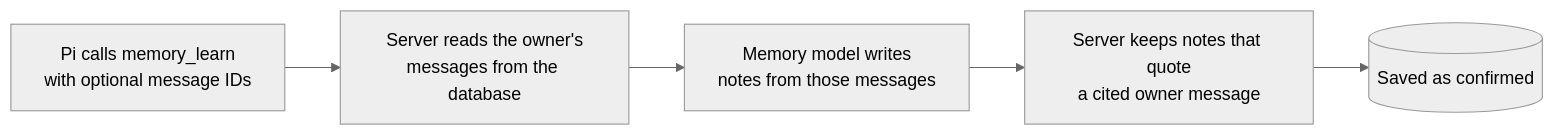
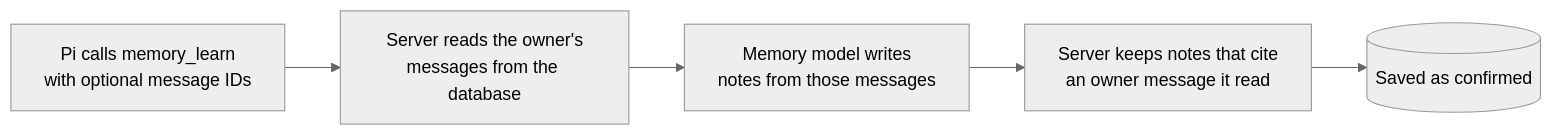
One commit to n8n-io/nod changed the third of 4 diagrams in docs/src/content/docs/how-it-works/memory.md. Above: the diagram before and after it, drawn with Mermaid (neutral theme). The commit also changed other lines of this file and 4 other files, not shown here.

````diff
--- a/docs/src/content/docs/how-it-works/memory.md
+++ b/docs/src/content/docs/how-it-works/memory.md
@@ -93,7 +93,7 @@
 ```mermaid
 flowchart LR
   pi["Pi calls memory_learn<br/>with optional message IDs"]:::muted --> read[Server reads the owner's<br/>messages from the database]:::go
   read --> model[Memory model writes<br/>notes from those messages]:::accent
-  model --> check[Server keeps notes that quote<br/>a cited owner message]:::go
+  model --> check[Server keeps notes that cite<br/>an owner message it read]:::go
   check --> save[(Saved as confirmed)]
 ```
````
